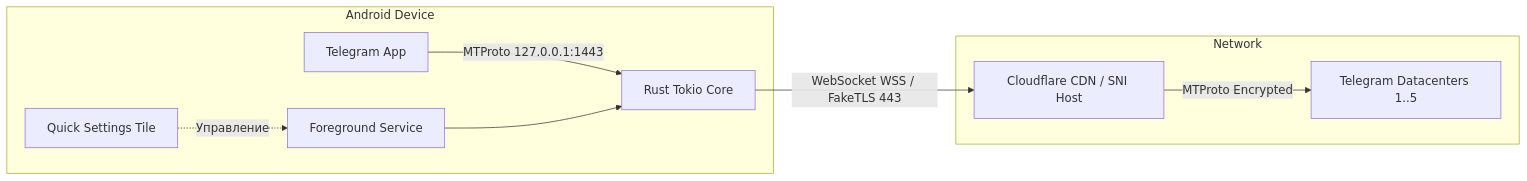
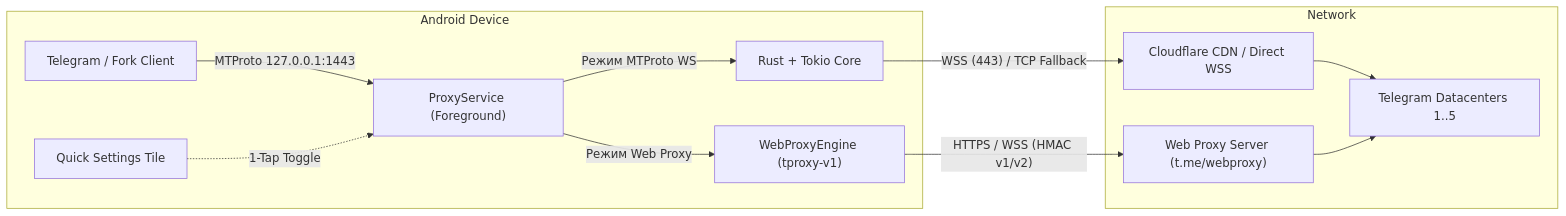
The diagram in README.md (wqeww0001/TgwsProxyAndroid), drawn with Mermaid before and after one commit. The commit also changed other lines of this file, not shown here.

Commit message:
docs: update README.md for v2.5.2 (tproxy-v1, Material 3 UI, themes, and updater)

````diff
--- a/README.md
+++ b/README.md
@@ -53,13 +60,16 @@
 ```mermaid
 graph LR
     subgraph Android Device
-        TG[Telegram App] -->|MTProto 127.0.0.1:1443| CORE[Rust Tokio Core]
-        TILE[Quick Settings Tile] -.->|Управление| SERVICE[Foreground Service]
-        SERVICE --> CORE
+        TG["Telegram / Fork Client"] -->|"MTProto 127.0.0.1:1443"| SERVICE["ProxyService (Foreground)"]
+        TILE["Quick Settings Tile"] -.->|"1-Tap Toggle"| SERVICE
+        SERVICE -->|"Режим MTProto WS"| RUST["Rust + Tokio Core"]
+        SERVICE -->|"Режим Web Proxy"| TPROXY["WebProxyEngine (tproxy-v1)"]
     end
-    
+
     subgraph Network
-        CORE -->|WebSocket WSS / FakeTLS 443| CF[Cloudflare CDN / SNI Host]
-        CF -->|MTProto Encrypted| DC[Telegram Datacenters 1..5]
+        RUST -->|"WSS (443) / TCP Fallback"| CF["Cloudflare CDN / Direct WSS"]
+        TPROXY -->|"HTTPS / WSS (HMAC v1/v2)"| WP["Web Proxy Server (t.me/webproxy)"]
+        CF --> DC["Telegram Datacenters 1..5"]
+        WP --> DC
     end
 ```
````
